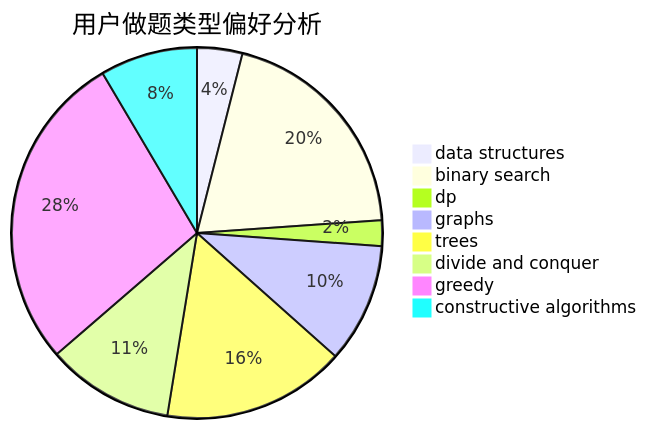
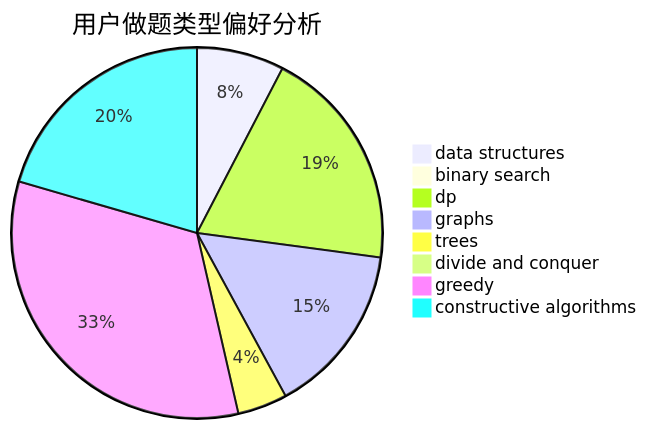
The second of 3 diagrams in docs/user/u1369.md (sherpahu/cfrs.github.io), drawn with Mermaid before and after one commit. The commit also changed other lines of this file and 2770 other files, not shown here.

````diff
--- a/docs/user/u1369.md
+++ b/docs/user/u1369.md
@@ -23,11 +23,11 @@
 ```mermaid
 pie title 用户做题类型偏好分析
-    "data structures" :  67
-    "binary search" :  338
-    "dp" :  38
-    "graphs" :  177
-    "trees" :  271
-    "divide and conquer" :  188
-    "greedy" :  472
-    "constructive algorithms" :  144
+    "data structures" :  188
+    "binary search" :  10
+    "dp" :  481
+    "graphs" :  369
+    "trees" :  107
+    "divide and conquer" :  8
+    "greedy" :  816
+    "constructive algorithms" :  506
 ```
````
